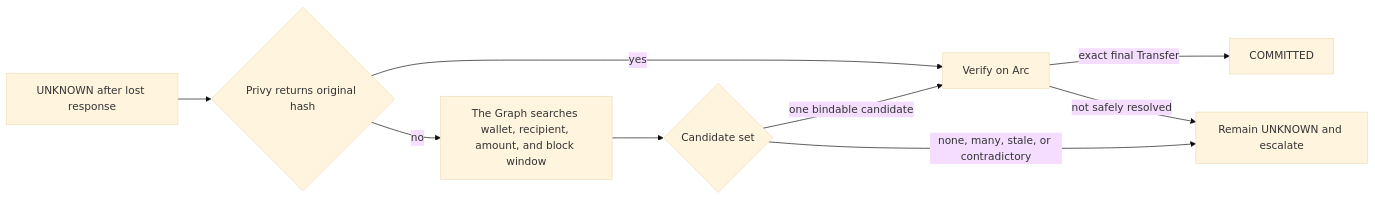
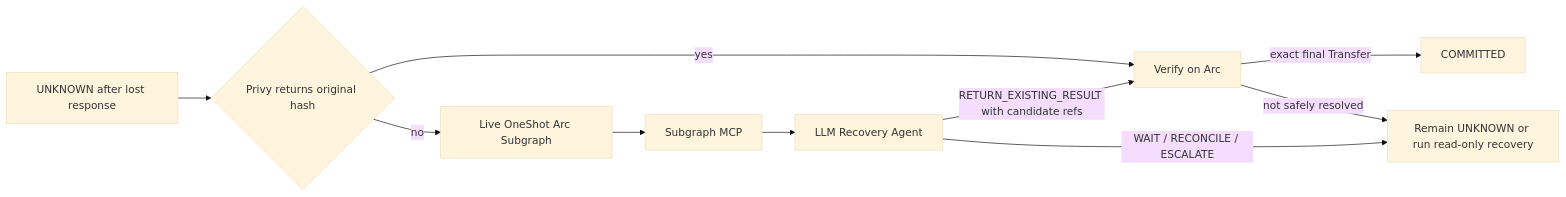
The first of 5 diagrams in plan.md (SWOFART/OneShot), drawn with Mermaid (base theme) before and after one commit. The commit also changed other lines of this file and 15 other files, not shown here.

Commit message:
docs(plan): clarify Subgraph MCP recovery flow

````diff
--- a/plan.md
+++ b/plan.md
@@ -66,11 +74,12 @@
 ```mermaid
 flowchart LR
     Unknown[UNKNOWN after lost response] --> Provider{Privy returns original hash}
     Provider -->|yes| Verify[Verify on Arc]
-    Provider -->|no| Discover[The Graph searches wallet, recipient, amount, and block window]
-    Discover --> Candidates{Candidate set}
-    Candidates -->|one bindable candidate| Verify
-    Candidates -->|none, many, stale, or contradictory| Hold[Remain UNKNOWN and escalate]
+    Provider -->|no| Subgraph[Live OneShot Arc Subgraph]
+    Subgraph --> MCP[Subgraph MCP]
+    MCP --> RecoveryAgent[LLM Recovery Agent]
+    RecoveryAgent -->|RETURN_EXISTING_RESULT with candidate refs| Verify
+    RecoveryAgent -->|WAIT / RECONCILE / ESCALATE| Hold[Remain UNKNOWN or run read-only recovery]
     Verify -->|exact final Transfer| Commit[COMMITTED]
     Verify -->|not safely resolved| Hold
 ```
````
